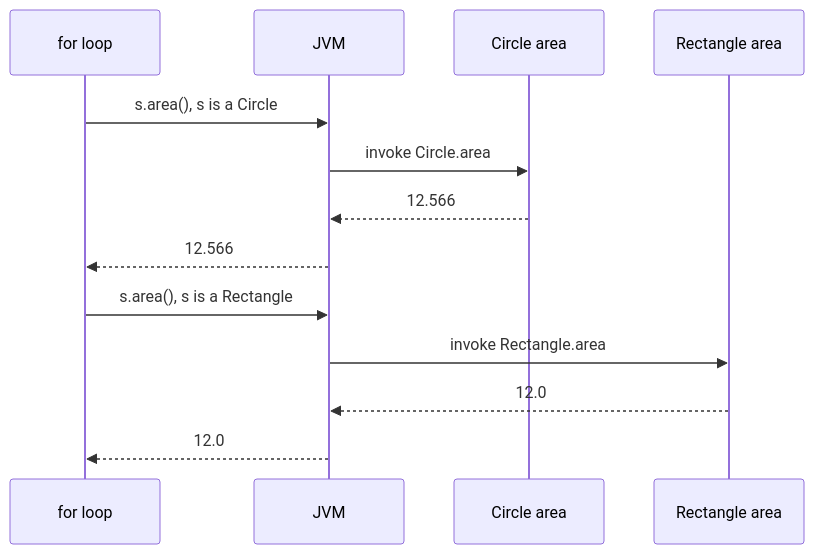
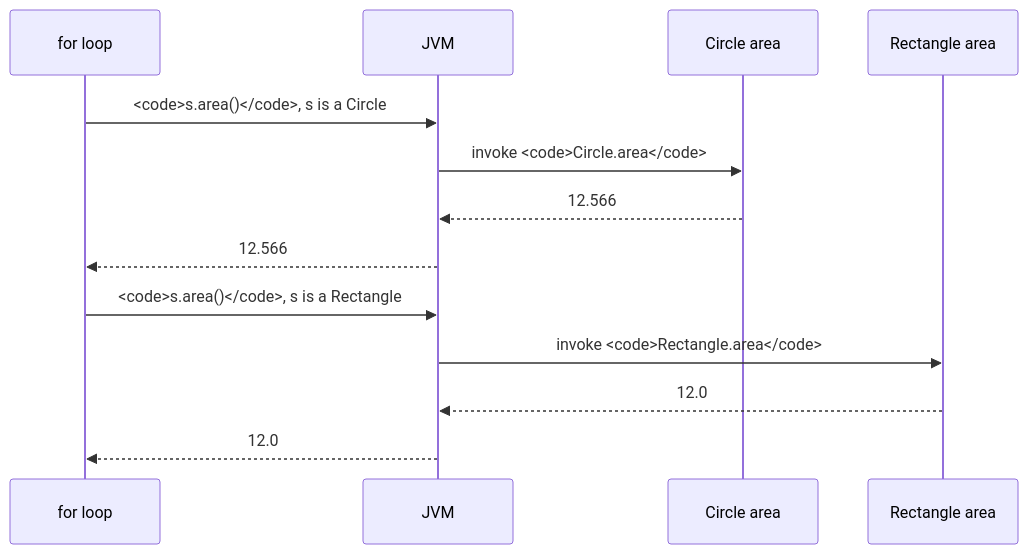
The second of 2 diagrams in content/courses/java-programming-for-beginners/inheritance-and-polymorphism.mdx (dataslope/dataslope), drawn with Mermaid before and after one commit. The commit also changed 65 other files, not shown here.

First line of the commit message:
Set code in every mermaid label in the mono face

````diff
--- a/content/courses/java-programming-for-beginners/inheritance-and-polymorphism.mdx
+++ b/content/courses/java-programming-for-beginners/inheritance-and-polymorphism.mdx
@@ -137,16 +137,16 @@
 ```mermaid
 sequenceDiagram
     participant Iter as for loop
     participant JVM
     participant C as Circle area
     participant R as Rectangle area
-    Iter->>JVM: s.area(), s is a Circle
-    JVM->>C: invoke Circle.area
+    Iter->>JVM: <code>s.area()</code>, s is a Circle
+    JVM->>C: invoke <code>Circle.area</code>
     C-->>JVM: 12.566
     JVM-->>Iter: 12.566
 
-    Iter->>JVM: s.area(), s is a Rectangle
-    JVM->>R: invoke Rectangle.area
+    Iter->>JVM: <code>s.area()</code>, s is a Rectangle
+    JVM->>R: invoke <code>Rectangle.area</code>
     R-->>JVM: 12.0
     JVM-->>Iter: 12.0
 ```
````
